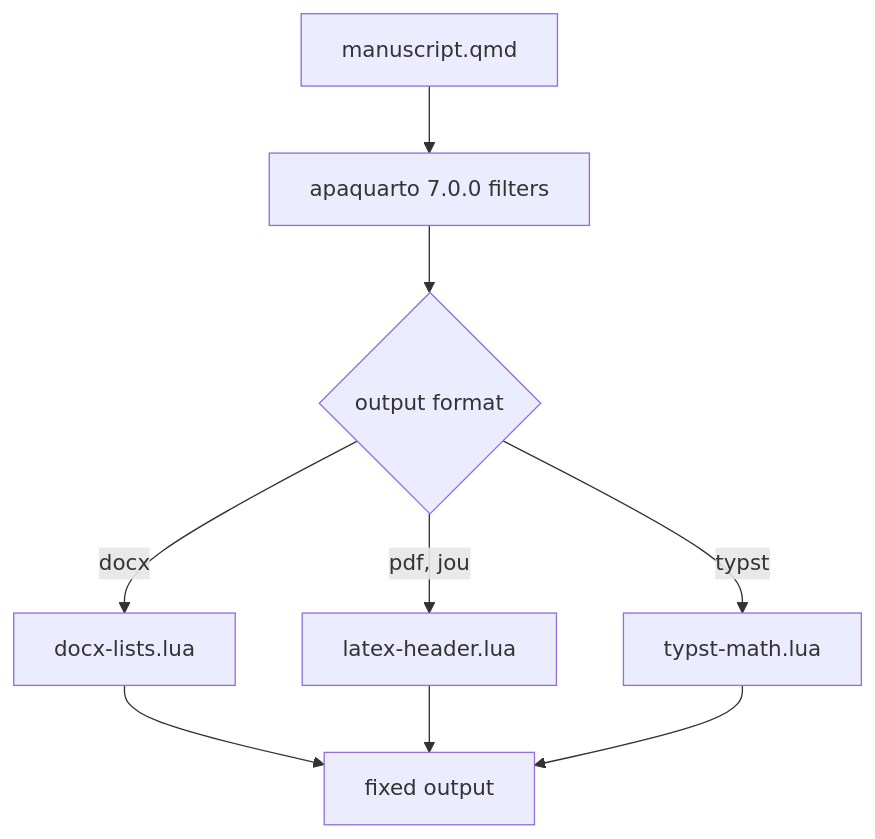
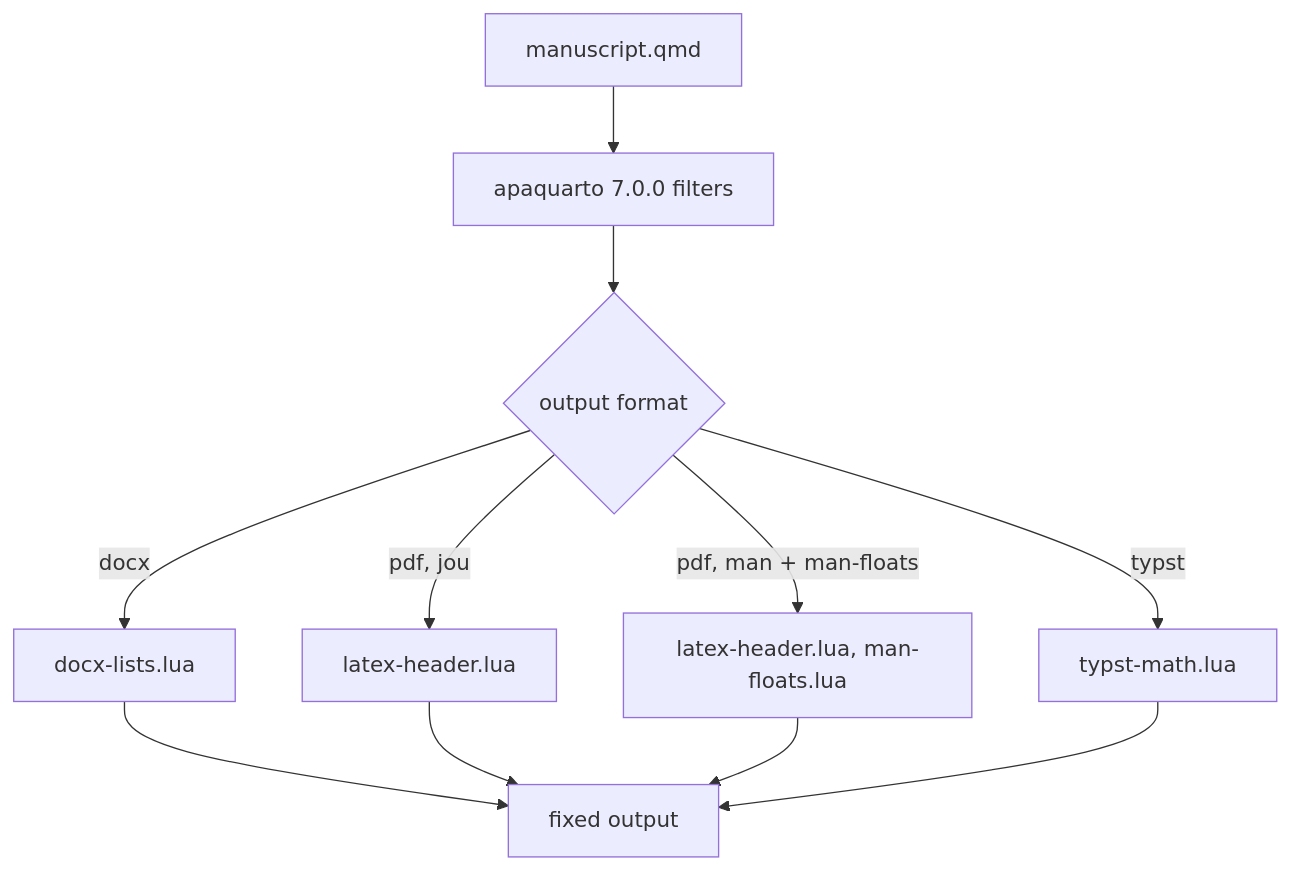
The diagram in docs/guide/apa-layout.md (Data-Wise/apa-layout), drawn with Mermaid before and after one commit. The commit also changed other lines of this file and 3 other files, not shown here.

Commit message:
docs: document man-floats in guide and refcard; update check counts

````diff
--- a/docs/guide/apa-layout.md
+++ b/docs/guide/apa-layout.md
@@ -41,11 +41,13 @@
 ```mermaid
 flowchart TD
     A[manuscript.qmd] --> B[apaquarto 7.0.0 filters]
     B --> C{output format}
     C -->|docx| D[docx-lists.lua]
     C -->|pdf, jou| E[latex-header.lua]
+    C -->|pdf, man + man-floats| F[latex-header.lua, man-floats.lua]
     C -->|typst| G[typst-math.lua]
     D --> H[fixed output]
     E --> H
+    F --> H
     G --> H
 ```
````
